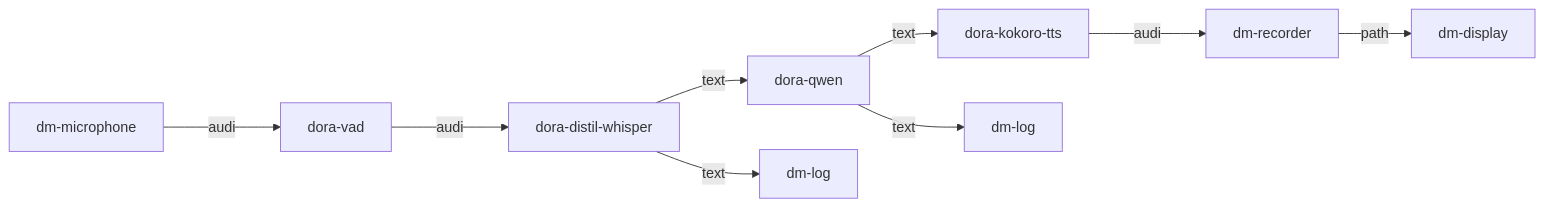
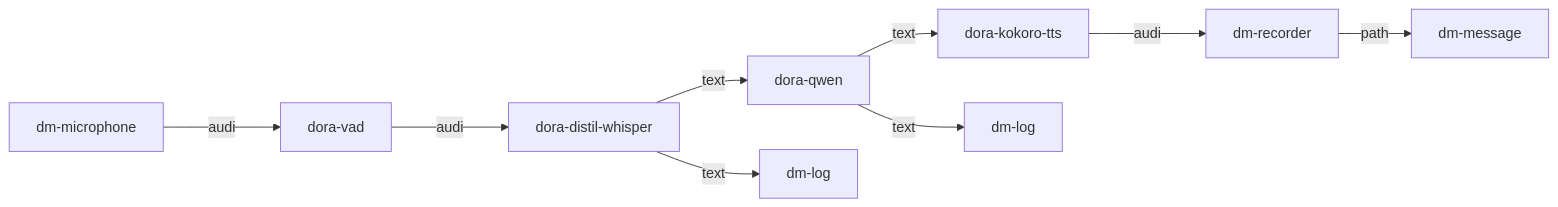
One commit to l1veIn/dora-manager changed the fifth of 5 diagrams in wiki/zh/07-builtin-nodes.md. Above: the diagram before and after it, drawn with Mermaid. The commit also changed other lines of this file and 43 other files, not shown here.

````diff
--- a/wiki/zh/07-builtin-nodes.md
+++ b/wiki/zh/07-builtin-nodes.md
@@ -525,11 +525,11 @@
 ```mermaid
 flowchart LR
     MIC[dm-microphone] --audio--> VAD[dora-vad]
     VAD --audio--> WHISPER[dora-distil-whisper]
     WHISPER --text--> QWEN[dora-qwen]
     QWEN --text--> TTS[dora-kokoro-tts]
     TTS --audio--> REC[dm-recorder]
-    REC --path--> DSP[dm-display]
+    REC --path--> DSP[dm-message]
     WHISPER --text--> LOG1[dm-log]
     QWEN --text--> LOG2[dm-log]
 ```
````
